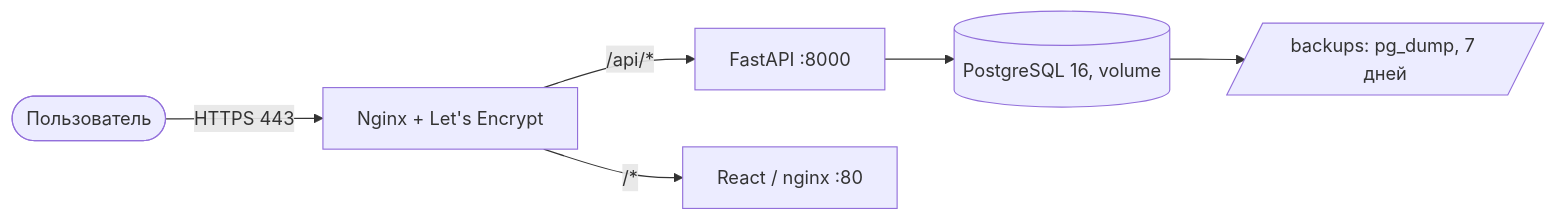
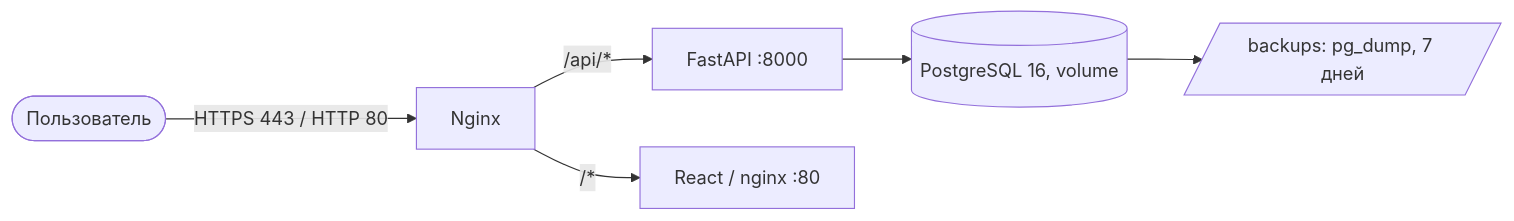
The diagram in docs/architecture/ARCHITECTURE.md (Pavel1778/rtk-crm), drawn with Mermaid before and after one commit. The commit also changed other lines of this file and 7 other files, not shown here.

````diff
--- a/docs/architecture/ARCHITECTURE.md
+++ b/docs/architecture/ARCHITECTURE.md
@@ -300,8 +301,8 @@
 ```mermaid
 flowchart LR
-  user([Пользователь]) -->|HTTPS 443| nginx[Nginx + Let's Encrypt]
+  user([Пользователь]) -->|"HTTPS 443 / HTTP 80"| nginx[Nginx]
   nginx -->|/api/*| backend[FastAPI :8000]
   nginx -->|/*| frontend[React / nginx :80]
   backend --> pg[(PostgreSQL 16, volume)]
   pg --> backup[/backups: pg_dump, 7 дней/]
 ```
````
